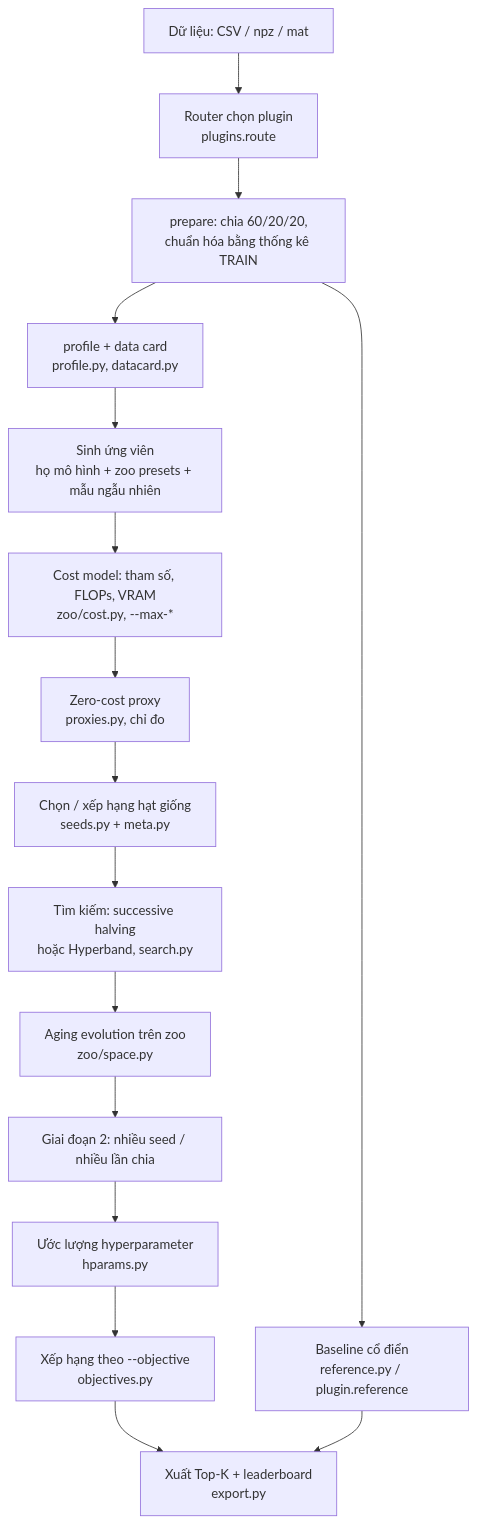
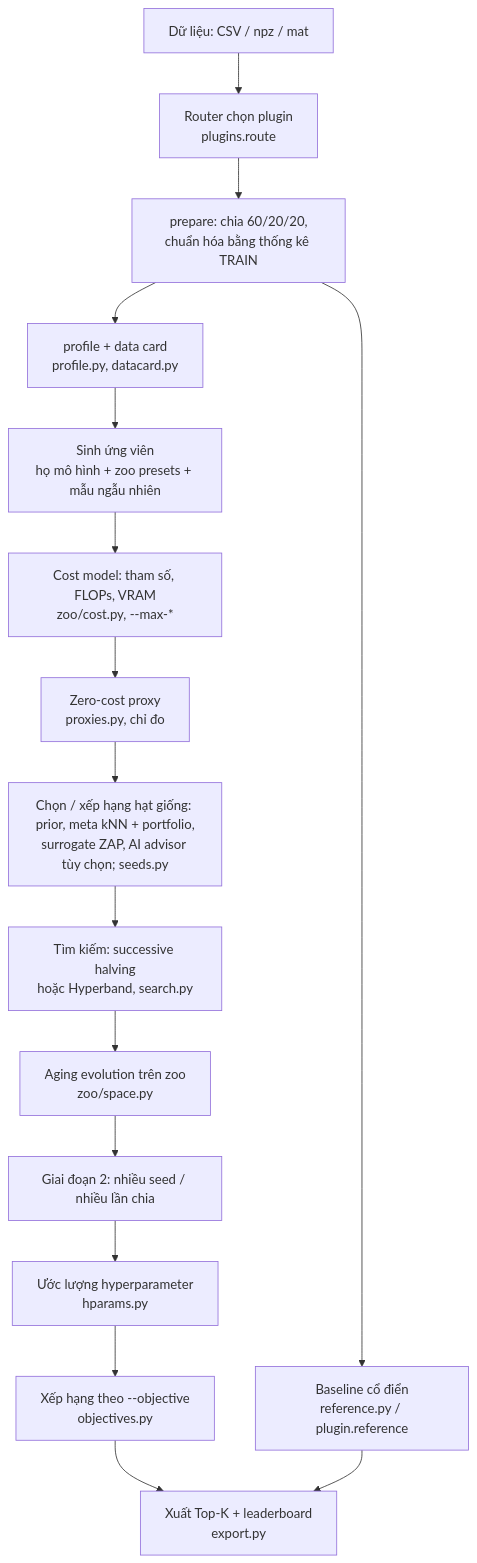
Before and after one commit to Duy-Huan/DLNet: the diagram in doc/architecture.md, drawn with Mermaid. The commit also changed other lines of this file and 22 other files, not shown here.

First line of the commit message:
feat: zero-shot ZAP surrogate for seed selection, built-in image meta-dataset, optional AI advisor and MCP server (M17, M18)

````diff
--- a/doc/architecture.md
+++ b/doc/architecture.md
@@ -7,18 +7,18 @@
 ```mermaid
 flowchart TD
     A[Dữ liệu: CSV / npz / mat] --> B[Router chọn plugin<br/>plugins.route]
     B --> C[prepare: chia 60/20/20,<br/>chuẩn hóa bằng thống kê TRAIN]
     C --> D[profile + data card<br/>profile.py, datacard.py]
     C --> E[Baseline cổ điển<br/>reference.py / plugin.reference]
     D --> F[Sinh ứng viên<br/>họ mô hình + zoo presets + mẫu ngẫu nhiên]
     F --> G[Cost model: tham số, FLOPs, VRAM<br/>zoo/cost.py, --max-*]
     G --> H[Zero-cost proxy<br/>proxies.py, chỉ đo]
-    H --> I[Chọn / xếp hạng hạt giống<br/>seeds.py + meta.py]
+    H --> I[Chọn / xếp hạng hạt giống: prior, meta kNN + portfolio,<br/>surrogate ZAP, AI advisor tùy chọn; seeds.py]
     I --> J[Tìm kiếm: successive halving<br/>hoặc Hyperband, search.py]
     J --> K[Aging evolution trên zoo<br/>zoo/space.py]
     K --> L[Giai đoạn 2: nhiều seed / nhiều lần chia]
     L --> M[Ước lượng hyperparameter<br/>hparams.py]
     M --> N[Xếp hạng theo --objective<br/>objectives.py]
     N --> O[Xuất Top-K + leaderboard<br/>export.py]
     E --> O
 ```
````
